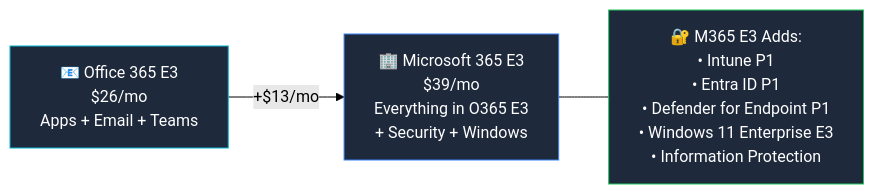
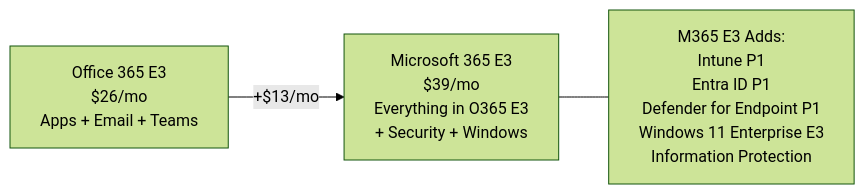
Before and after one commit to susanthgit/aguidetocloud-revamp: the third of 3 diagrams in content/licensing/microsoft-365-e3.md, drawn with Mermaid (forest theme). The commit also changed other lines of this file and 553 other files, not shown here.

First line of the commit message:
🌸 Z17: Zen Mermaid diagrams — Stripe Docs style

````diff
--- a/content/licensing/microsoft-365-e3.md
+++ b/content/licensing/microsoft-365-e3.md
@@ -162,11 +155,8 @@
 ```mermaid
 flowchart LR
-    O365["📧 Office 365 E3\n$26/mo\nApps + Email + Teams"]
-    M365["🏢 Microsoft 365 E3\n$39/mo\nEverything in O365 E3\n+ Security + Windows"]
-    EXTRA["🔐 M365 E3 Adds:\n• Intune P1\n• Entra ID P1\n• Defender for Endpoint P1\n• Windows 11 Enterprise E3\n• Information Protection"]
+    O365["Office 365 E3<br/>$26/mo<br/>Apps + Email + Teams"]
+    M365["Microsoft 365 E3<br/>$39/mo<br/>Everything in O365 E3<br/>+ Security + Windows"]
+    EXTRA["M365 E3 Adds:<br/>Intune P1<br/>Entra ID P1<br/>Defender for Endpoint P1<br/>Windows 11 Enterprise E3<br/>Information Protection"]
     O365 -->|"+$13/mo"| M365
     M365 --- EXTRA
-    style O365 fill:#1e293b,stroke:#06b6d4,color:#ffffff
-    style M365 fill:#1e293b,stroke:#3b82f6,color:#ffffff
-    style EXTRA fill:#1e293b,stroke:#22c55e,color:#ffffff
 ```
````
